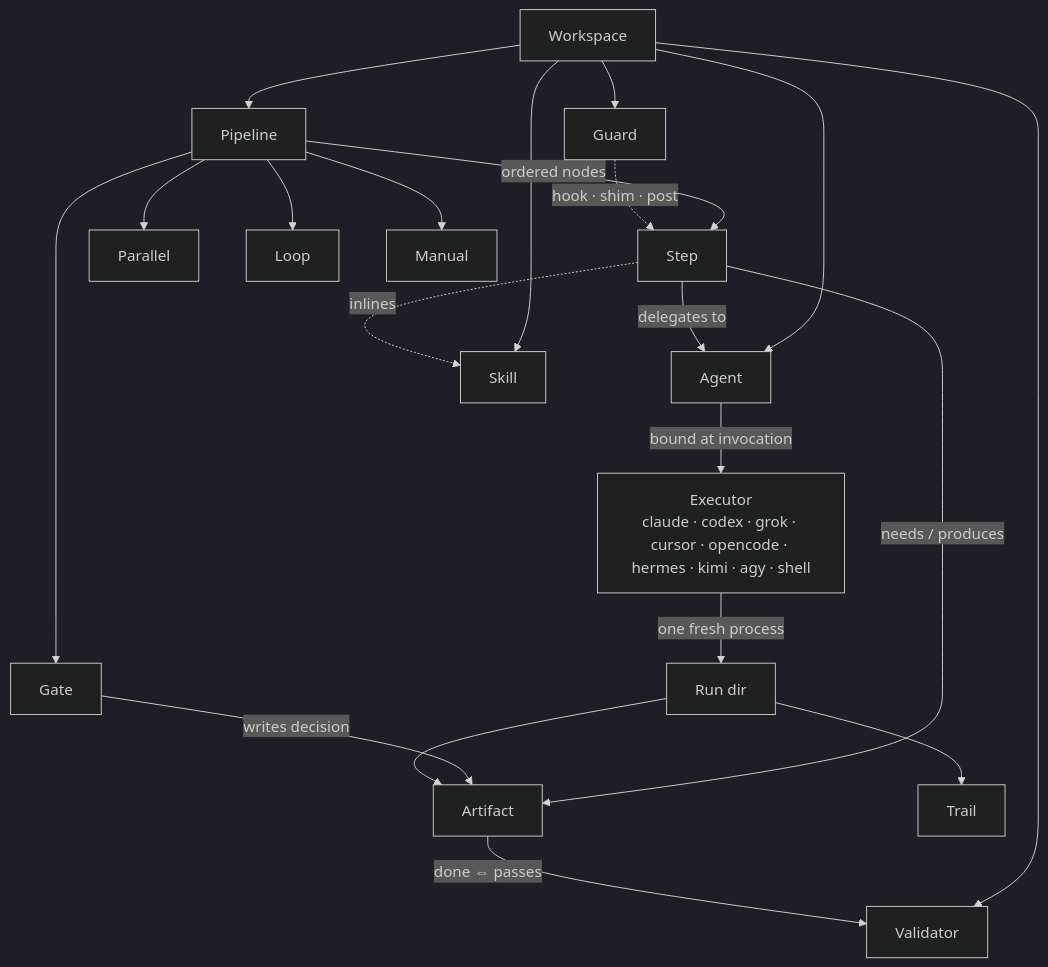
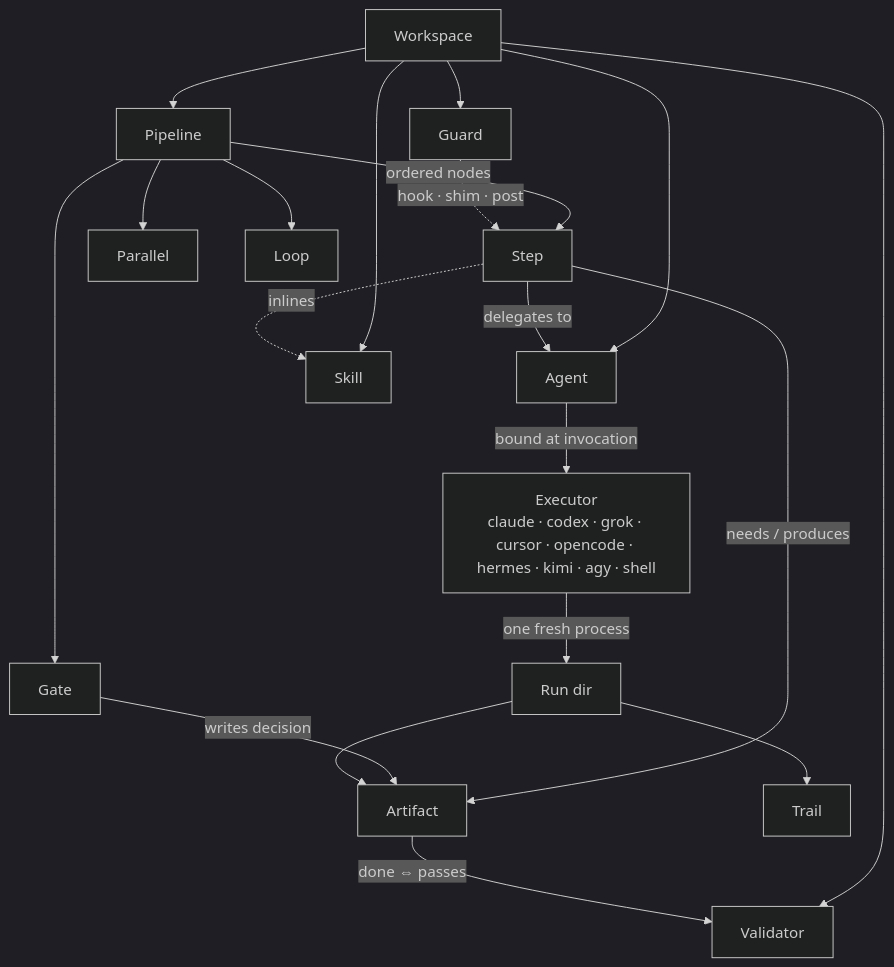
The diagram in docs/CONCEPTS.md (gabros20/cairn), drawn with Mermaid (dark theme) before and after one commit. The commit also changed other lines of this file and 13 other files, not shown here.

````diff
--- a/docs/CONCEPTS.md
+++ b/docs/CONCEPTS.md
@@ -12,29 +12,28 @@
 ```mermaid
 graph TD
   WS[Workspace]
 
   WS --> PIPE[Pipeline]
   WS --> AG[Agent]
   WS --> SK[Skill]
   WS --> VAL[Validator]
   WS --> GRD[Guard]
 
   PIPE -->|ordered nodes| STEP[Step]
   PIPE --> GATE[Gate]
   PIPE --> PAR[Parallel]
   PIPE --> LOOP[Loop]
-  PIPE --> MAN[Manual]
 
   STEP -->|delegates to| AG
   STEP -.->|inlines| SK
   STEP -->|needs / produces| ART[Artifact]
   AG -->|bound at invocation| EX["Executor<br/>claude · codex · grok · cursor · opencode · hermes · kimi · agy · shell"]
   GRD -.->|hook · shim · post| STEP
 
   ART -->|"done ⇔ passes"| VAL
   GATE -->|writes decision| ART
 
   EX -->|one fresh process| RUN[Run dir]
   RUN --> TRAIL[Trail]
   RUN --> ART
 ```
````
